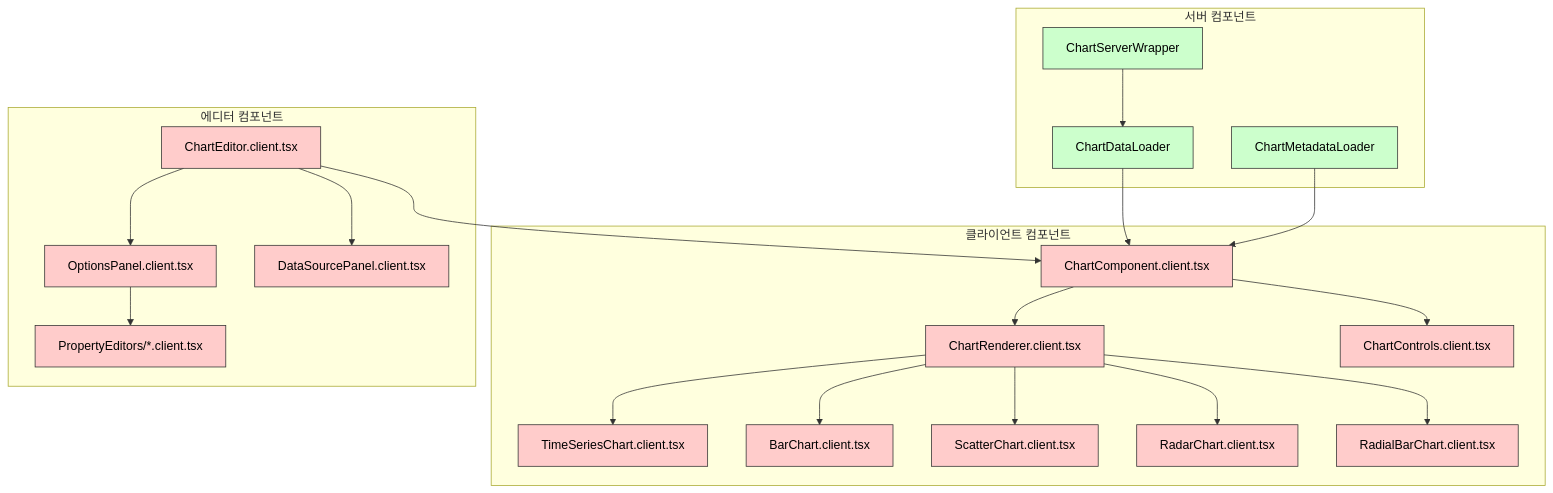
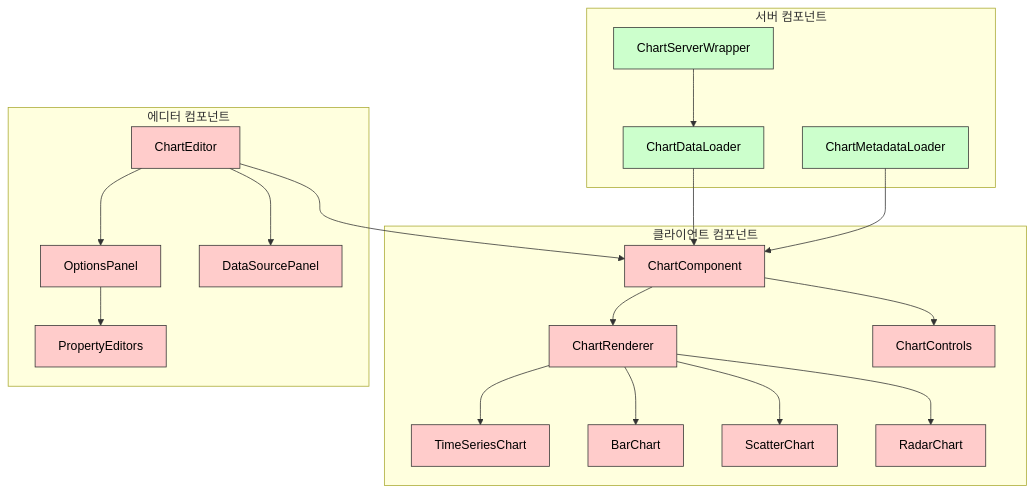
The ninth of 14 diagrams in frontend/architecture.md (Seungwoo321/etorch-docs), drawn with Mermaid before and after one commit. The commit also changed other lines of this file and 7 other files, not shown here.

````diff
--- a/frontend/architecture.md
+++ b/frontend/architecture.md
@@ -522,51 +558,49 @@
 ```mermaid
 flowchart TD
-    subgraph 서버 컴포넌트
+    subgraph "서버 컴포넌트"
         ChartSSR[ChartServerWrapper]
         ChartDataLoader[ChartDataLoader]
         ChartMetadataLoader[ChartMetadataLoader]
     end
     
-    subgraph 클라이언트 컴포넌트
-        ChartComponent[ChartComponent.client.tsx]
-        ChartRenderer[ChartRenderer.client.tsx]
-        TimeSeriesChart[TimeSeriesChart.client.tsx]
-        BarChart[BarChart.client.tsx]
-        ScatterChart[ScatterChart.client.tsx]
-        RadarChart[RadarChart.client.tsx]
-        RadialBarChart[RadialBarChart.client.tsx]
-        ChartControls[ChartControls.client.tsx]
+    subgraph "클라이언트 컴포넌트"
+        ChartComponent[ChartComponent]
+        ChartRenderer[ChartRenderer]
+        TimeSeriesChart[TimeSeriesChart]
+        BarChart[BarChart]
+        ScatterChart[ScatterChart]
+        RadarChart[RadarChart]
+        ChartControls[ChartControls]
     end
     
-    subgraph 에디터 컴포넌트
-        ChartEditor[ChartEditor.client.tsx]
-        OptionsPanel[OptionsPanel.client.tsx]
-        DataSourcePanel[DataSourcePanel.client.tsx]
-        PropertyEditors[PropertyEditors/*.client.tsx]
+    subgraph "에디터 컴포넌트"
+        ChartEditor[ChartEditor]
+        OptionsPanel[OptionsPanel]
+        DataSourcePanel[DataSourcePanel]
+        PropertyEditors[PropertyEditors]
     end
     
     ChartSSR --> ChartDataLoader
     ChartDataLoader --> ChartComponent
     ChartMetadataLoader --> ChartComponent
     
     ChartComponent --> ChartRenderer
     ChartComponent --> ChartControls
     
     ChartRenderer --> TimeSeriesChart
     ChartRenderer --> BarChart
     ChartRenderer --> ScatterChart
     ChartRenderer --> RadarChart
-    ChartRenderer --> RadialBarChart
     
     ChartEditor --> ChartComponent
     ChartEditor --> OptionsPanel
     ChartEditor --> DataSourcePanel
     
     OptionsPanel --> PropertyEditors
     
     classDef server fill:#ccffcc,stroke:#333,stroke-width:1px,color:#000;
     classDef client fill:#ffcccb,stroke:#333,stroke-width:1px,color:#000;
     
     class ChartSSR,ChartDataLoader,ChartMetadataLoader server;
-    class ChartComponent,ChartRenderer,TimeSeriesChart,BarChart,ScatterChart,RadarChart,RadialBarChart,ChartControls,ChartEditor,OptionsPanel,DataSourcePanel,PropertyEditors client;
+    class ChartComponent,ChartRenderer,TimeSeriesChart,BarChart,ScatterChart,RadarChart,ChartControls,ChartEditor,OptionsPanel,DataSourcePanel,PropertyEditors client;
 ```
````
